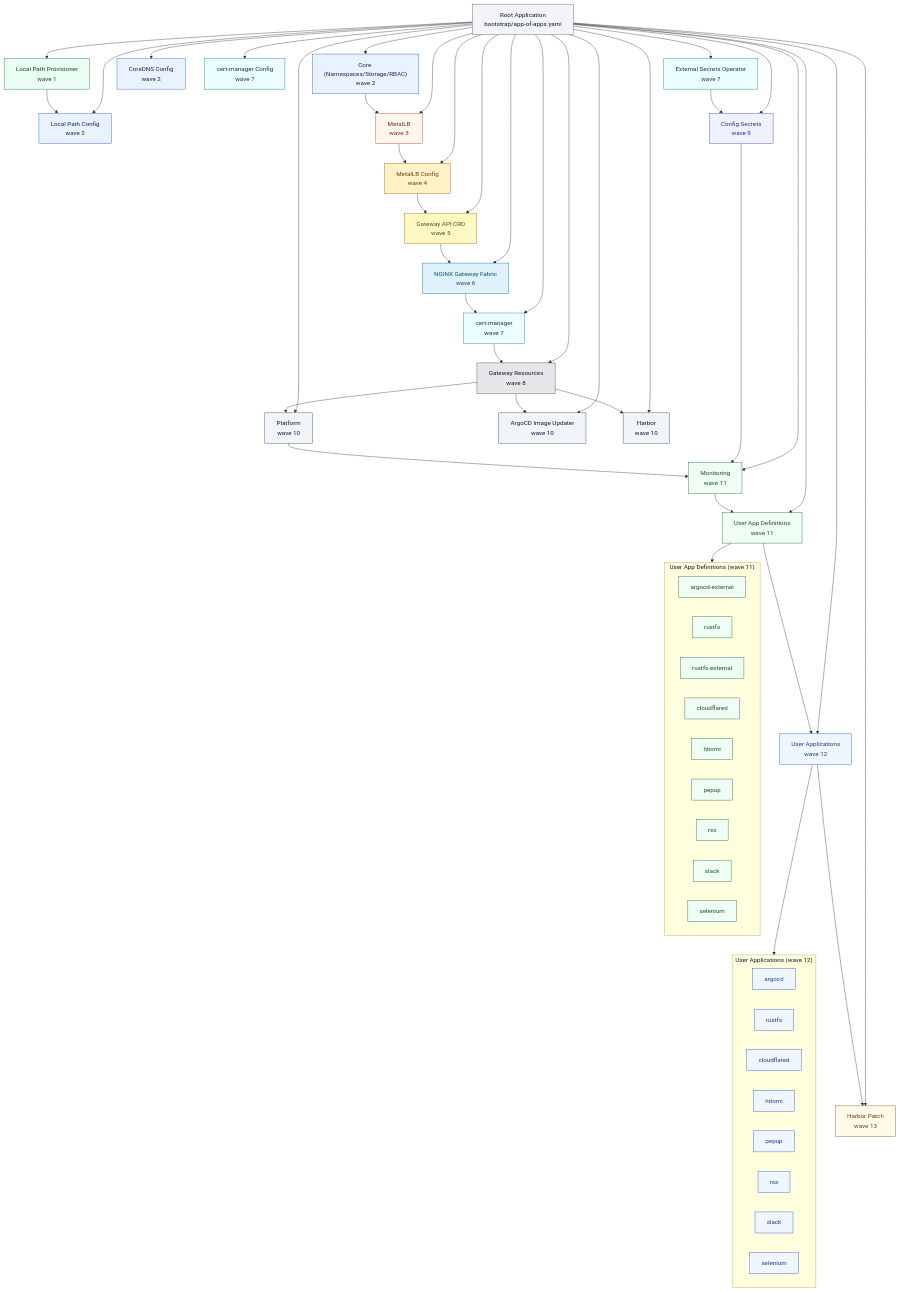
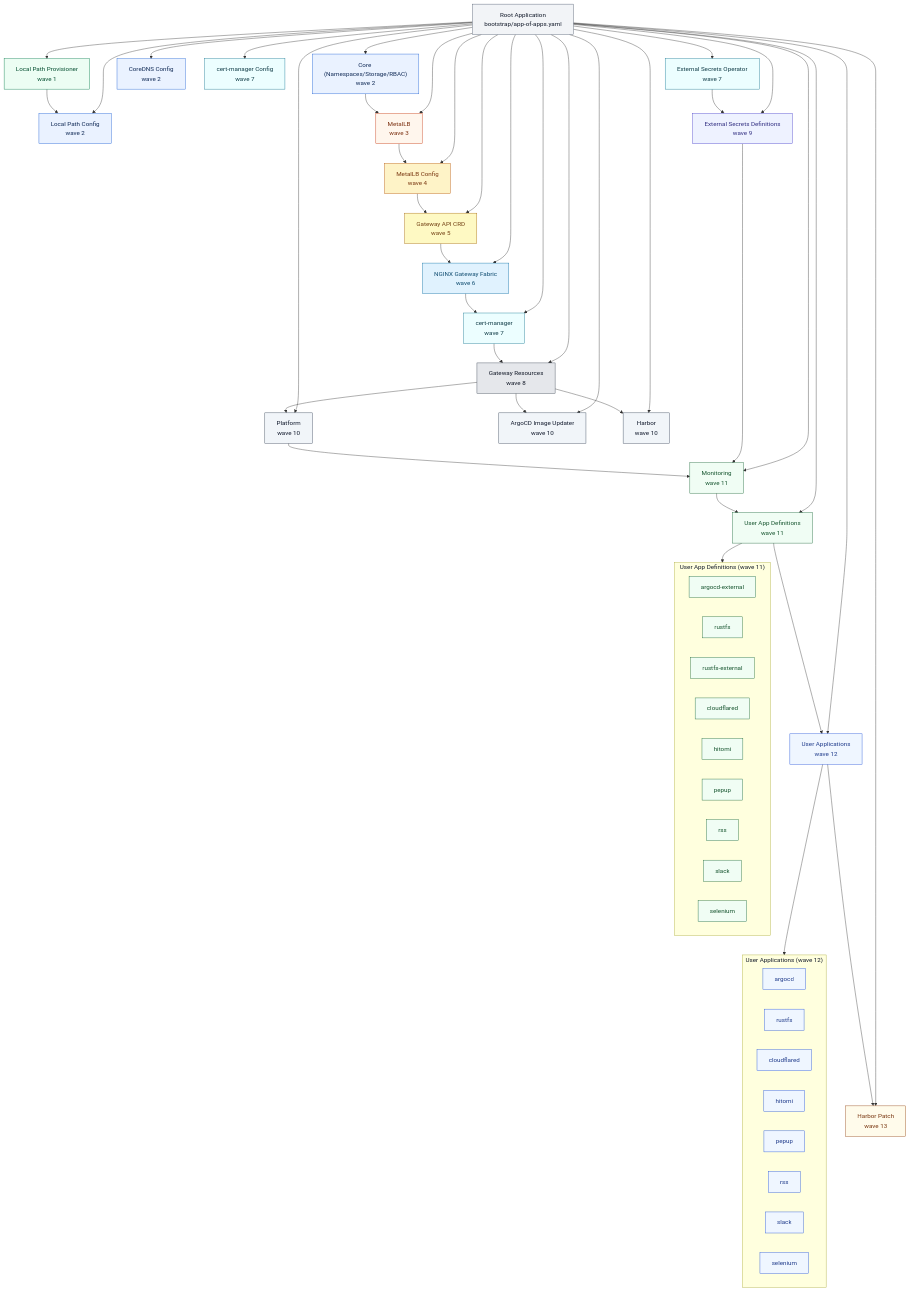
The diagram in docs/diagrams/app-of-apps-sync-wave.md (ksera524/k8s_myHome), drawn with Mermaid before and after one commit. The commit also changed other lines of this file and 23 other files, not shown here.

```diff
--- a/docs/diagrams/app-of-apps-sync-wave.md
+++ b/docs/diagrams/app-of-apps-sync-wave.md
@@ -22,7 +22,7 @@
   certcfg["cert-manager Config\nwave 7"]:::wave7
   eso["External Secrets Operator\nwave 7"]:::wave7
   gwRes["Gateway Resources\nwave 8"]:::wave8
-  cfgSecrets["Config Secrets\nwave 9"]:::wave9
+  cfgSecrets["External Secrets Definitions\nwave 9"]:::wave9
   platform["Platform\nwave 10"]:::wave10
   imgUpdater["ArgoCD Image Updater\nwave 10"]:::wave10
   harbor["Harbor\nwave 10"]:::wave10
```
